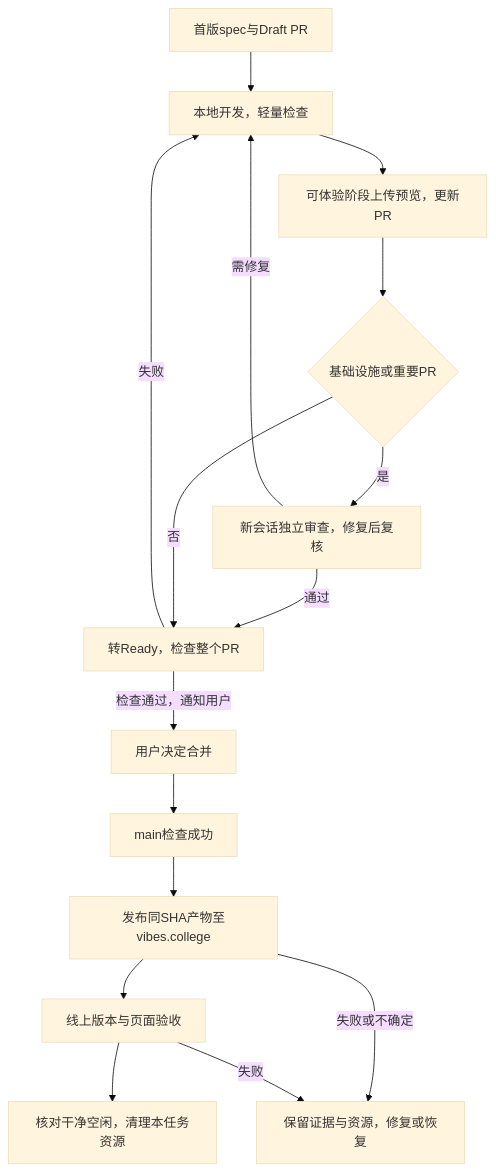
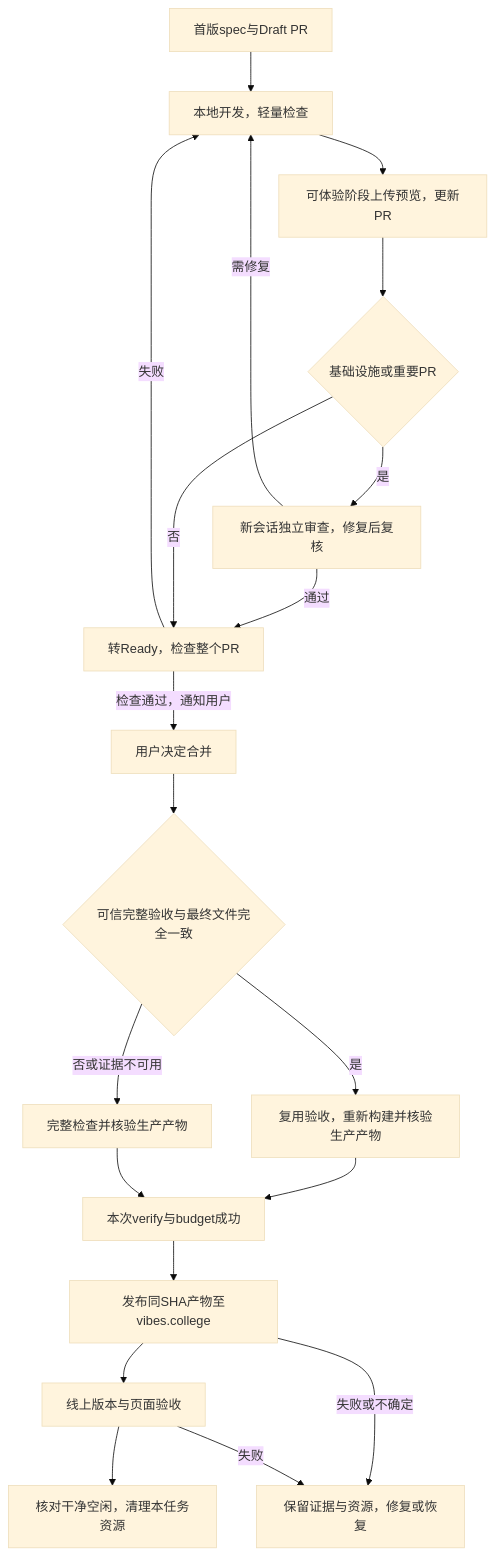
The diagram in docs/features/project-commands.md (Vibes-college/Vibes), drawn with Mermaid (base theme) before and after one commit. The commit also changed other lines of this file and 29 other files, not shown here.

````diff
--- a/docs/features/project-commands.md
+++ b/docs/features/project-commands.md
@@ -58,18 +62,22 @@
 ```mermaid
 flowchart TD
   A[首版spec与Draft PR] --> B[本地开发，轻量检查]
   B --> C[可体验阶段上传预览，更新PR]
   C --> R{基础设施或重要PR}
   R -->|是| V[新会话独立审查，修复后复核]
   V -->|通过| D[转Ready，检查整个PR]
   V -->|需修复| B
   R -->|否| D
   D -->|检查通过，通知用户| E[用户决定合并]
-  E --> F[main检查成功]
+  E --> P{可信完整验收与最终文件完全一致}
+  P -->|是| Q[复用验收，重新构建并核验生产产物]
+  P -->|否或证据不可用| U[完整检查并核验生产产物]
+  Q --> F[本次verify与budget成功]
+  U --> F
   F --> G[发布同SHA产物至vibes.college]
   G --> H[线上版本与页面验收]
   H --> I[核对干净空闲，清理本任务资源]
   D -->|失败| B
   G -->|失败或不确定| J[保留证据与资源，修复或恢复]
   H -->|失败| J
 ```
````
